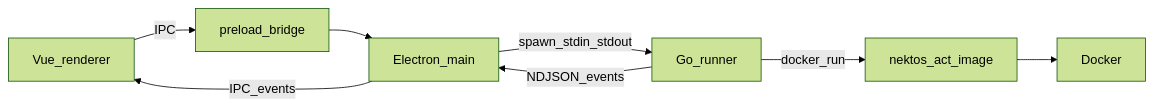
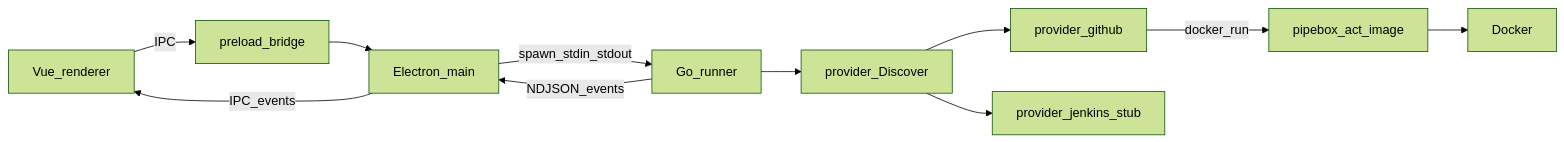
One commit to MaxiGarcia13/pipebox changed the diagram in AGENTS.md. Above: the diagram before and after it, drawn with Mermaid (forest theme). The commit also changed other lines of this file and 1 other file, not shown here.

Commit message:
docs: Update agent notes and architecture documentation to clarify CI provider handling and workflow execution details

````diff
--- a/AGENTS.md
+++ b/AGENTS.md
@@ -9,10 +9,13 @@
 ```mermaid
 flowchart LR
   Vue[Vue_renderer] -->|IPC| Preload[preload_bridge]
   Preload --> Main[Electron_main]
   Main -->|spawn_stdin_stdout| Runner[Go_runner]
-  Runner -->|docker_run| ActImage[nektos_act_image]
+  Runner --> Discover[provider_Discover]
+  Discover --> GH[provider_github]
+  Discover --> JK[provider_jenkins_stub]
+  GH -->|docker_run| ActImage[pipebox_act_image]
   ActImage --> Docker[Docker]
   Runner -->|NDJSON_events| Main
   Main -->|IPC_events| Vue
 ```
````
